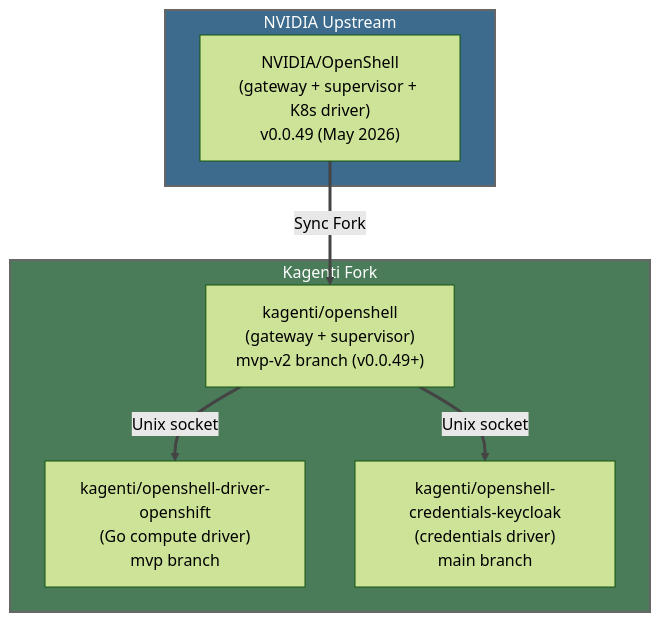
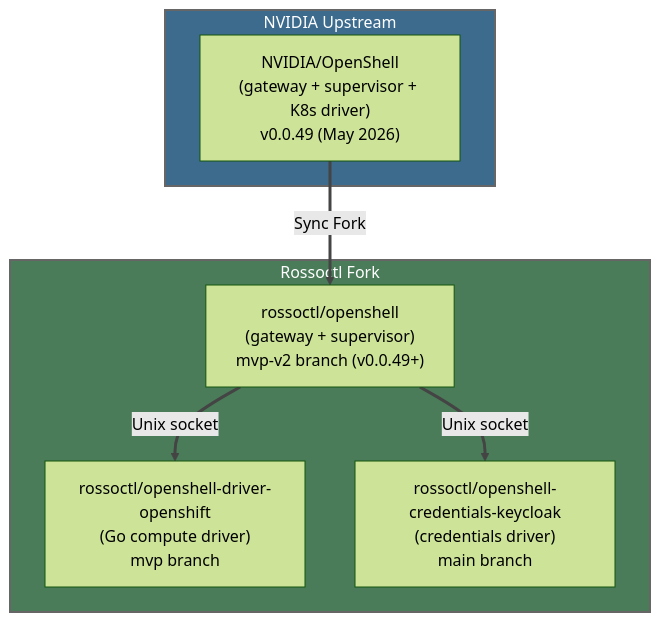
Before and after one commit to kagenti/kagenti: the first of 2 diagrams in docs/research/openshell-fork-analysis.md, drawn with Mermaid (forest theme). The commit also changed other lines of this file and 1316 other files, not shown here.

First line of the commit message:
⚠️ Rename Kagenti → Rossoctl across the flagship repo (→ rossoctl)

````diff
--- a/docs/research/openshell-fork-analysis.md
+++ b/docs/research/openshell-fork-analysis.md
@@ -13,21 +13,21 @@
 ```mermaid
 flowchart TB
     subgraph UPSTREAM["NVIDIA Upstream"]
         NOS["NVIDIA/OpenShell\n(gateway + supervisor + K8s driver)\nv0.0.49 (May 2026)"]
     end
 
-    subgraph KAGENTI["Kagenti Fork"]
-        KOS["kagenti/openshell\n(gateway + supervisor)\nmvp-v2 branch (v0.0.49+)"]
-        KDR["kagenti/openshell-driver-openshift\n(Go compute driver)\nmvp branch"]
-        KCR["kagenti/openshell-credentials-keycloak\n(credentials driver)\nmain branch"]
+    subgraph ROSSOCTL["Rossoctl Fork"]
+        KOS["rossoctl/openshell\n(gateway + supervisor)\nmvp-v2 branch (v0.0.49+)"]
+        KDR["rossoctl/openshell-driver-openshift\n(Go compute driver)\nmvp branch"]
+        KCR["rossoctl/openshell-credentials-keycloak\n(credentials driver)\nmain branch"]
     end
 
     NOS -->|"Sync Fork"| KOS
     KOS -->|"Unix socket"| KDR
     KOS -->|"Unix socket"| KCR
 
     style UPSTREAM fill:#3d6b8e,color:#fff,stroke:#666,stroke-width:2px
-    style KAGENTI fill:#4a7c59,color:#fff,stroke:#666,stroke-width:2px
+    style ROSSOCTL fill:#4a7c59,color:#fff,stroke:#666,stroke-width:2px
 
     linkStyle default stroke:#444,stroke-width:3px
 ```
````
